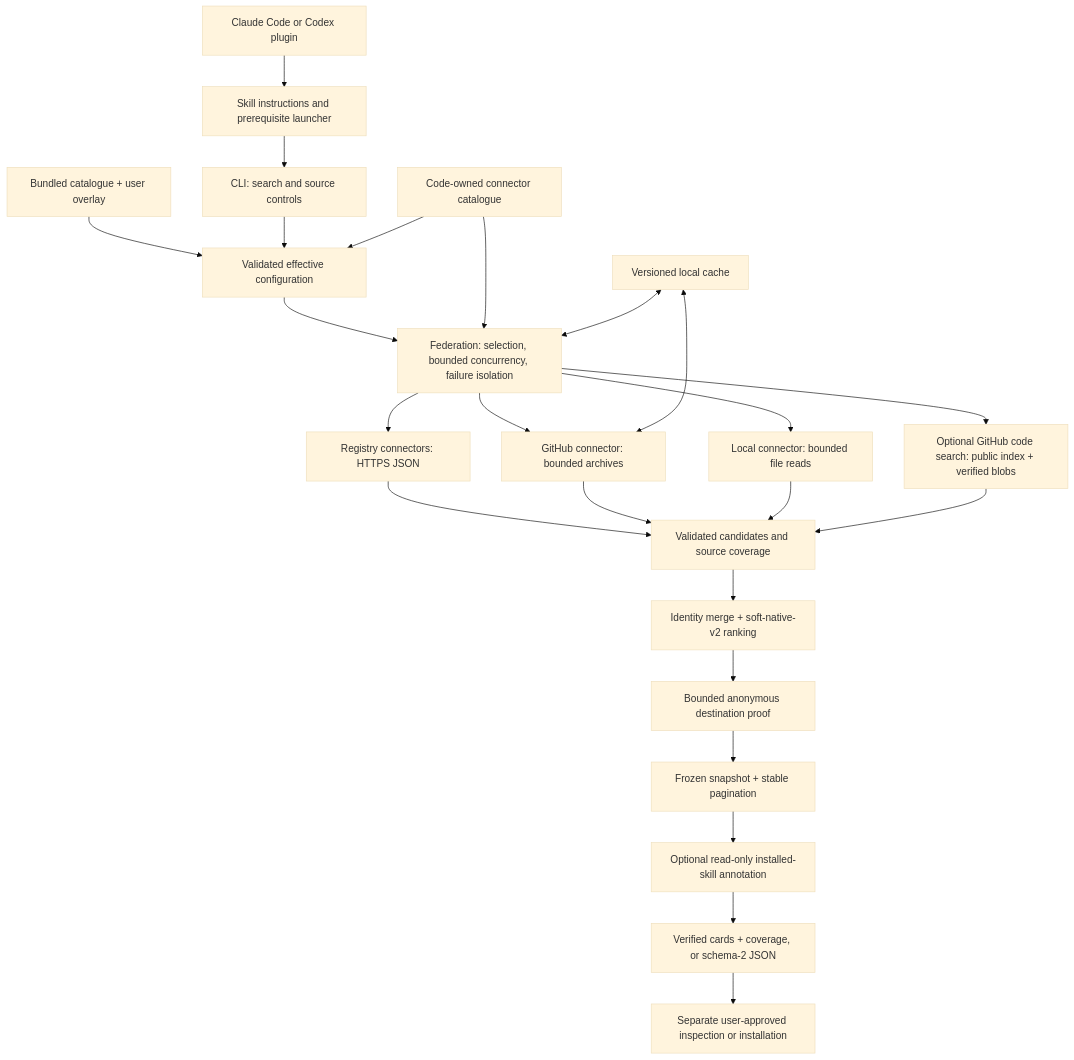
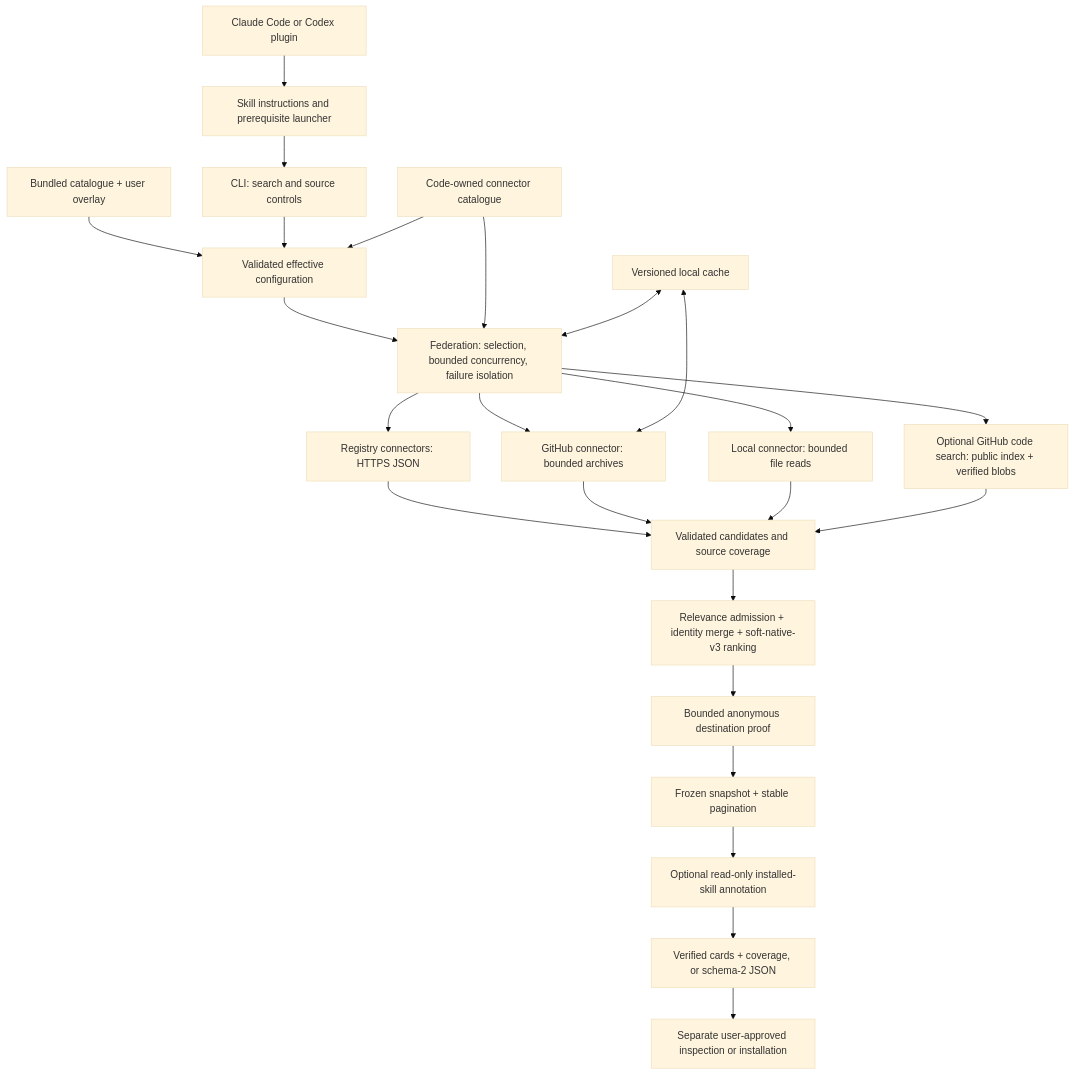
Before and after one commit to bibryam/universal-skill-finder: the diagram in ARCHITECTURE.md, drawn with Mermaid (base theme). The commit also changed other lines of this file and 28 other files, not shown here.

````diff
--- a/ARCHITECTURE.md
+++ b/ARCHITECTURE.md
@@ -13,26 +13,26 @@
 ```mermaid
 flowchart TD
     A[Claude Code or Codex plugin] --> B[Skill instructions and prerequisite launcher]
     B --> C[CLI: search and source controls]
     D[Bundled catalogue + user overlay] --> E[Validated effective configuration]
     C --> E
     E --> F[Federation: selection, bounded concurrency, failure isolation]
     G[Code-owned connector catalogue] --> E
     G --> F
     F --> H[Registry connectors: HTTPS JSON]
     F --> P[Optional GitHub code search: public index + verified blobs]
     F --> I[GitHub connector: bounded archives]
     F --> J[Local connector: bounded file reads]
     K[Versioned local cache] <--> F
     K <--> I
     H --> L[Validated candidates and source coverage]
     I --> L
     J --> L
     P --> L
-    L --> M[Identity merge + soft-native-v2 ranking]
+    L --> M[Relevance admission + identity merge + soft-native-v3 ranking]
     M --> R[Bounded anonymous destination proof]
     R --> S[Frozen snapshot + stable pagination]
     S --> Q[Optional read-only installed-skill annotation]
     Q --> N[Verified cards + coverage, or schema-2 JSON]
     N --> O[Separate user-approved inspection or installation]
 ```
````
